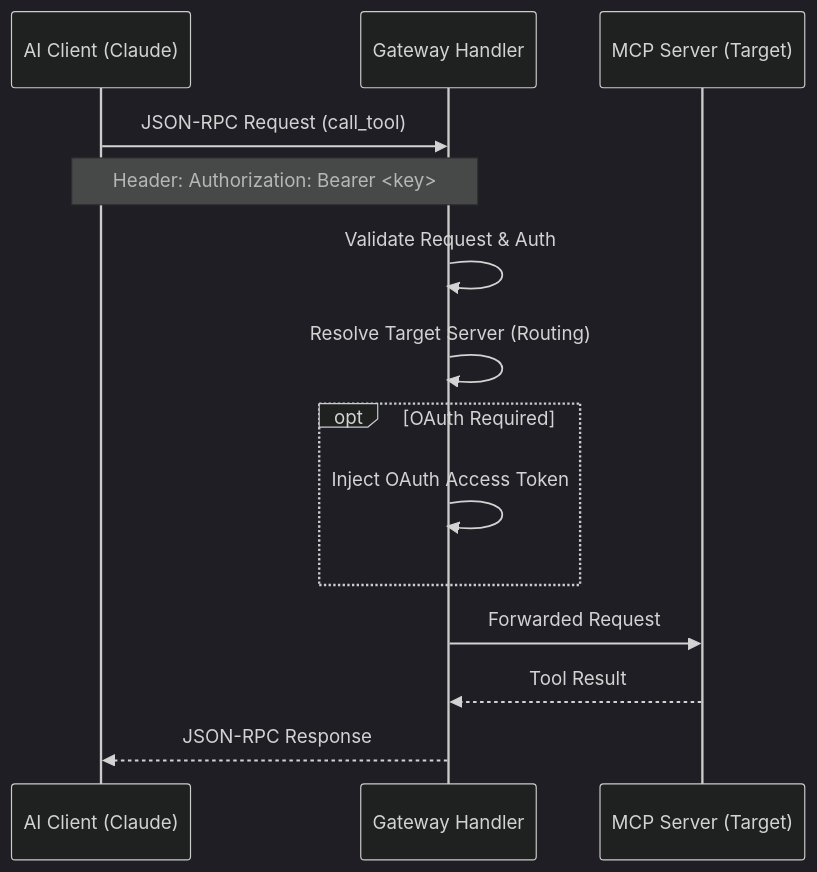
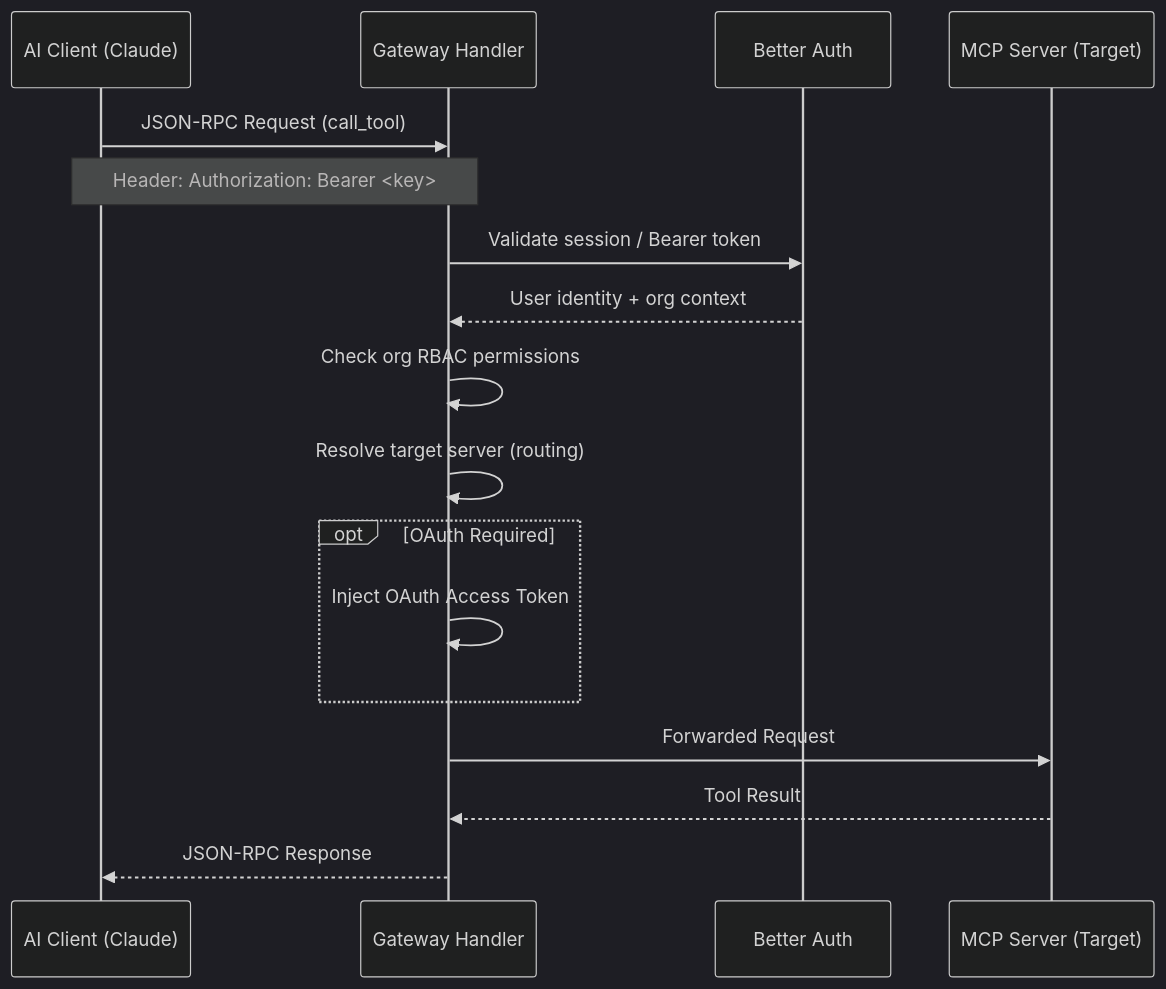
The second of 2 diagrams in docs/explanation/overview.md (DXHeroes/local-mcp-gateway), drawn with Mermaid (dark theme) before and after one commit. The commit also changed other lines of this file and 54 other files, not shown here.

````diff
--- a/docs/explanation/overview.md
+++ b/docs/explanation/overview.md
@@ -57,21 +60,24 @@
 ```mermaid
 sequenceDiagram
     participant AI as AI Client (Claude)
     participant G as Gateway Handler
+    participant Auth as Better Auth
     participant S as MCP Server (Target)
 
     AI->>G: JSON-RPC Request (call_tool)
     Note over AI,G: Header: Authorization: Bearer <key>
 
-    G->>G: Validate Request & Auth
-    G->>G: Resolve Target Server (Routing)
+    G->>Auth: Validate session / Bearer token
+    Auth-->>G: User identity + org context
+    G->>G: Check org RBAC permissions
+    G->>G: Resolve target server (routing)
 
     opt OAuth Required
         G->>G: Inject OAuth Access Token
     end
 
     G->>S: Forwarded Request
     S-->>G: Tool Result
 
     G-->>AI: JSON-RPC Response
 ```
````
